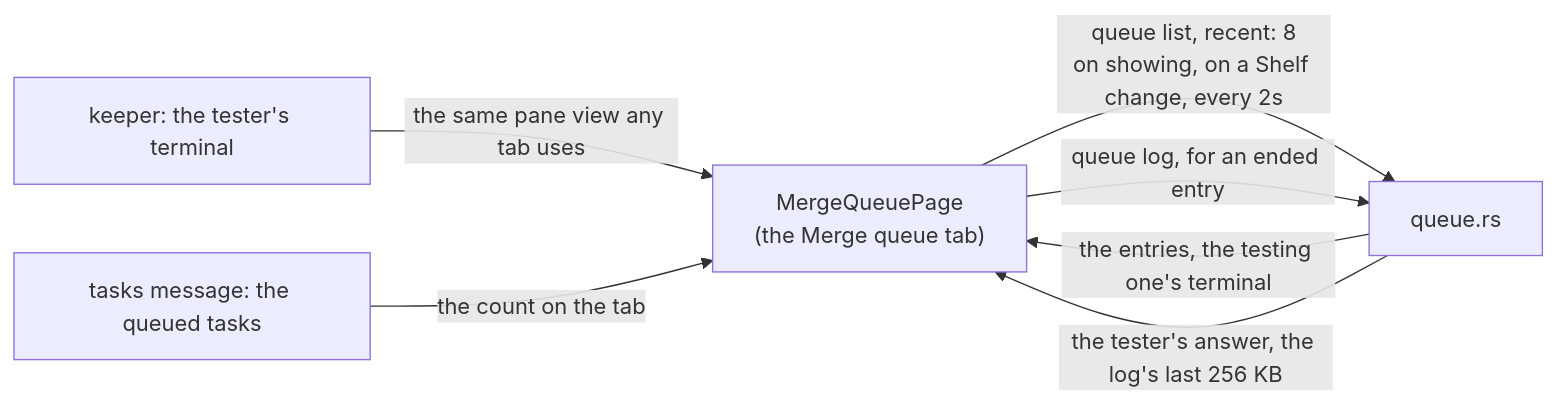
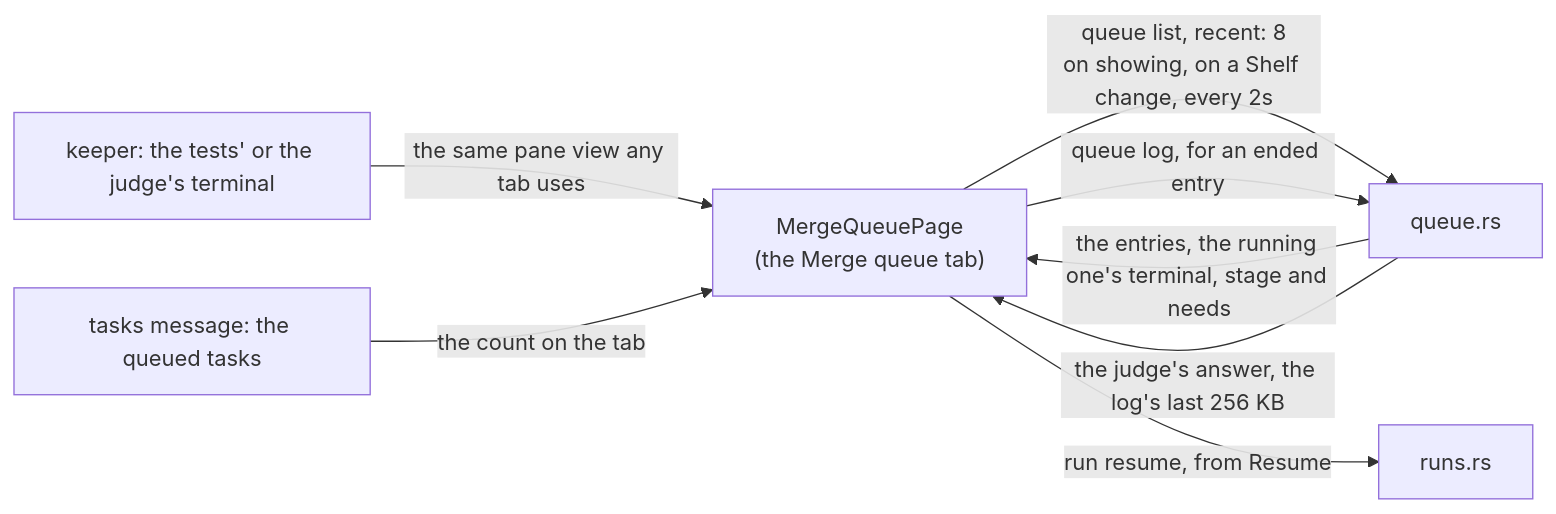
The diagram in docs/specs/merge-queue-tab.md (tampopogk/kanna), drawn with Mermaid before and after one commit. The commit also changed other lines of this file and 16 other files, not shown here.

Commit message:
Merge queue specs: the daemon runs the tests and a judge decides only a failure (merge-queue.md), run commands get their own spec (run-commands.md), the tab shows judging and needs-you entries; mockup and pictures follow

````diff
--- a/docs/specs/merge-queue-tab.md
+++ b/docs/specs/merge-queue-tab.md
@@ -48,9 +55,10 @@
 ```mermaid
 flowchart LR
     P["MergeQueuePage<br/>(the Merge queue tab)"] -->|"queue list, recent: 8<br/>on showing, on a Shelf change, every 2s"| Q["queue.rs"]
     P -->|"queue log, for an ended entry"| Q
-    Q -->|"the entries, the testing one's terminal"| P
-    Q -->|"the tester's answer, the log's last 256 KB"| P
-    K["keeper: the tester's terminal"] -->|"the same pane view any tab uses"| P
+    Q -->|"the entries, the running one's terminal, stage and needs"| P
+    Q -->|"the judge's answer, the log's last 256 KB"| P
+    P -->|"run resume, from Resume"| R["runs.rs"]
+    K["keeper: the tests' or the judge's terminal"] -->|"the same pane view any tab uses"| P
     T["tasks message: the queued tasks"] -->|"the count on the tab"| P
 ```
````
